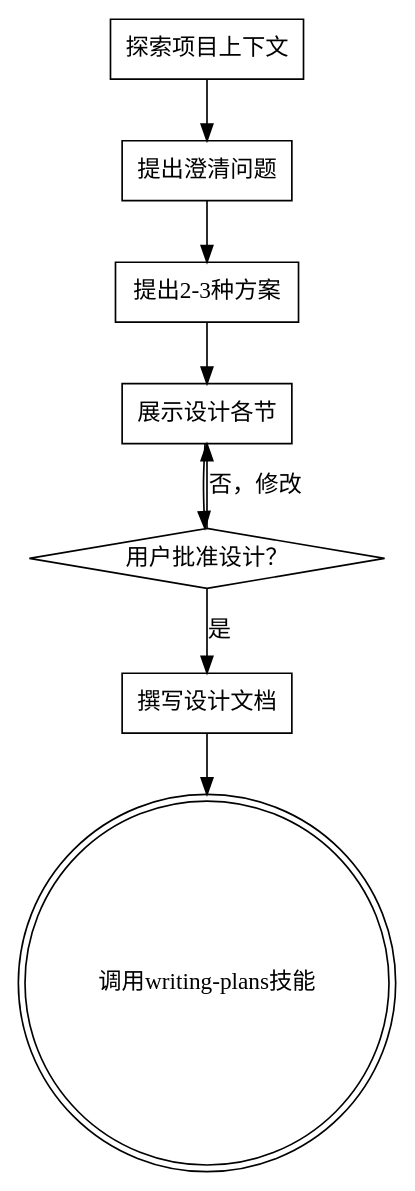
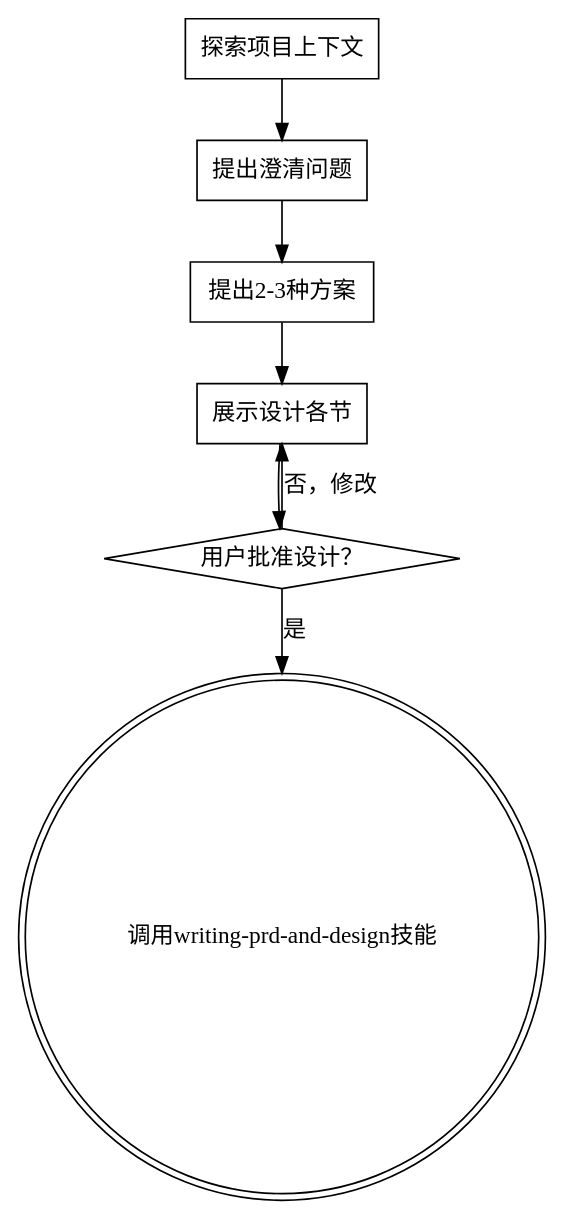
The diagram in coding-skills/workflows/brainstorming.md (openbot-coder/coding-skills), drawn with Graphviz before and after one commit. The commit also changed other lines of this file and 6 other files, not shown here.

````diff
--- a/coding-skills/workflows/brainstorming.md
+++ b/coding-skills/workflows/brainstorming.md
@@ -35,19 +35,17 @@
 ```dot
 digraph brainstorming {
     "探索项目上下文" [shape=box];
     "提出澄清问题" [shape=box];
     "提出2-3种方案" [shape=box];
     "展示设计各节" [shape=box];
     "用户批准设计？" [shape=diamond];
-    "撰写设计文档" [shape=box];
-    "调用writing-plans技能" [shape=doublecircle];
+    "调用writing-prd-and-design技能" [shape=doublecircle];
 
     "探索项目上下文" -> "提出澄清问题";
     "提出澄清问题" -> "提出2-3种方案";
     "提出2-3种方案" -> "展示设计各节";
     "展示设计各节" -> "用户批准设计？";
     "用户批准设计？" -> "展示设计各节" [label="否，修改"];
-    "用户批准设计？" -> "撰写设计文档" [label="是"];
-    "撰写设计文档" -> "调用writing-plans技能";
+    "用户批准设计？" -> "调用writing-prd-and-design技能" [label="是"];
 }
 ```
````
